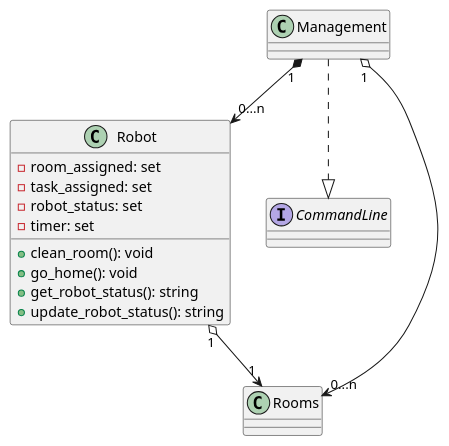
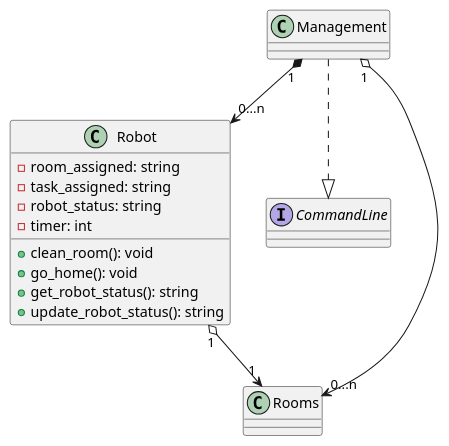
Before and after one commit to ur-cs-courses/course-project-krykna: the diagram in docs/design/class_diagrams/robot_class_diagram.puml, drawn with PlantUML. The commit also changed 3 other files, not shown here.

```diff
--- a/docs/design/class_diagrams/robot_class_diagram.puml
+++ b/docs/design/class_diagrams/robot_class_diagram.puml
@@ -1,20 +1,20 @@
 @startuml
 class Robot {
-  - room_assigned: set
-  - task_assigned: set
-  - robot_status: set
-  - timer: set
+  - room_assigned: string
+  - task_assigned: string
+  - robot_status: string
+  - timer: int
   
   + clean_room(): void
   + go_home(): void
   + get_robot_status(): string
   + update_robot_status(): string
 }
 
 interface CommandLine {}
 
 Management "1" o--> "0...n" Rooms
 Management "1" *--> "0...n" Robot
 Robot "1" o--> "1" Rooms
 Management ..|> CommandLine
 @enduml
```
